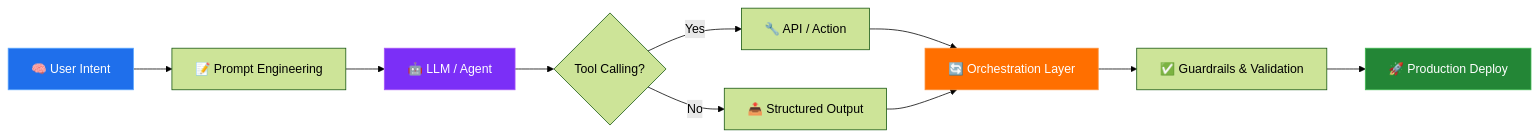
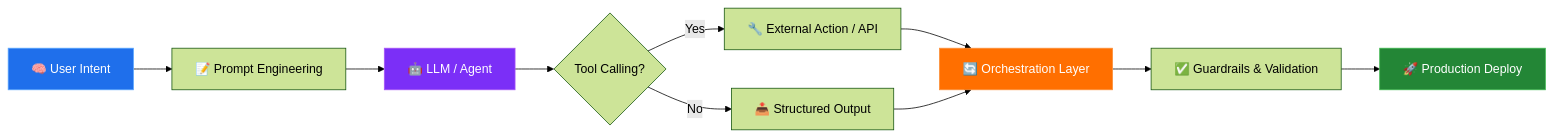
One commit to Ajaneeshwar/Ajaneeshwar changed the diagram in README.md. Above: the diagram before and after it, drawn with Mermaid (forest theme). The commit also changed other lines of this file, not shown here.

````diff
--- a/README.md
+++ b/README.md
@@ -146,17 +110,17 @@
 ```mermaid
 graph LR
     A[🧠 User Intent] --> B[📝 Prompt Engineering]
     B --> C[🤖 LLM / Agent]
     C --> D{Tool Calling?}
-    D -->|Yes| E[🔧 API / Action]
+    D -->|Yes| E[🔧 External Action / API]
     D -->|No| F[📤 Structured Output]
     E --> G[🔄 Orchestration Layer]
     F --> G
     G --> H[✅ Guardrails & Validation]
     H --> I[🚀 Production Deploy]
-    
+
     style A fill:#1f6feb,stroke:#58a6ff,color:#fff
     style C fill:#7B2FF7,stroke:#a855f7,color:#fff
     style G fill:#FF6F00,stroke:#fb923c,color:#fff
     style I fill:#238636,stroke:#3fb950,color:#fff
 ```
````
